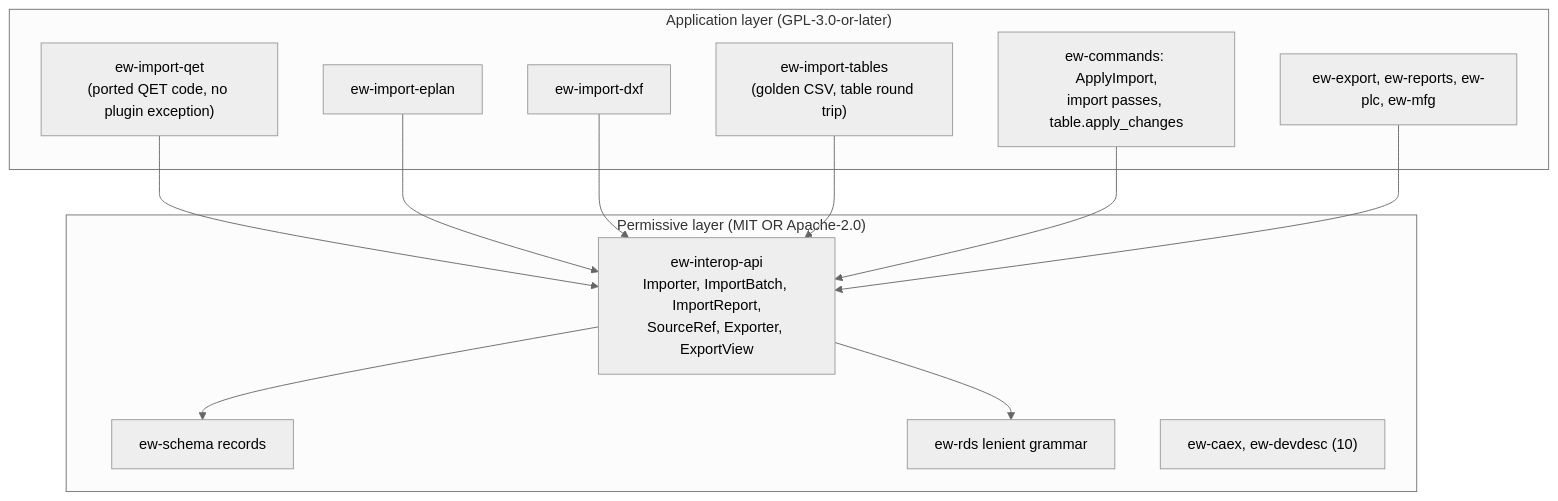
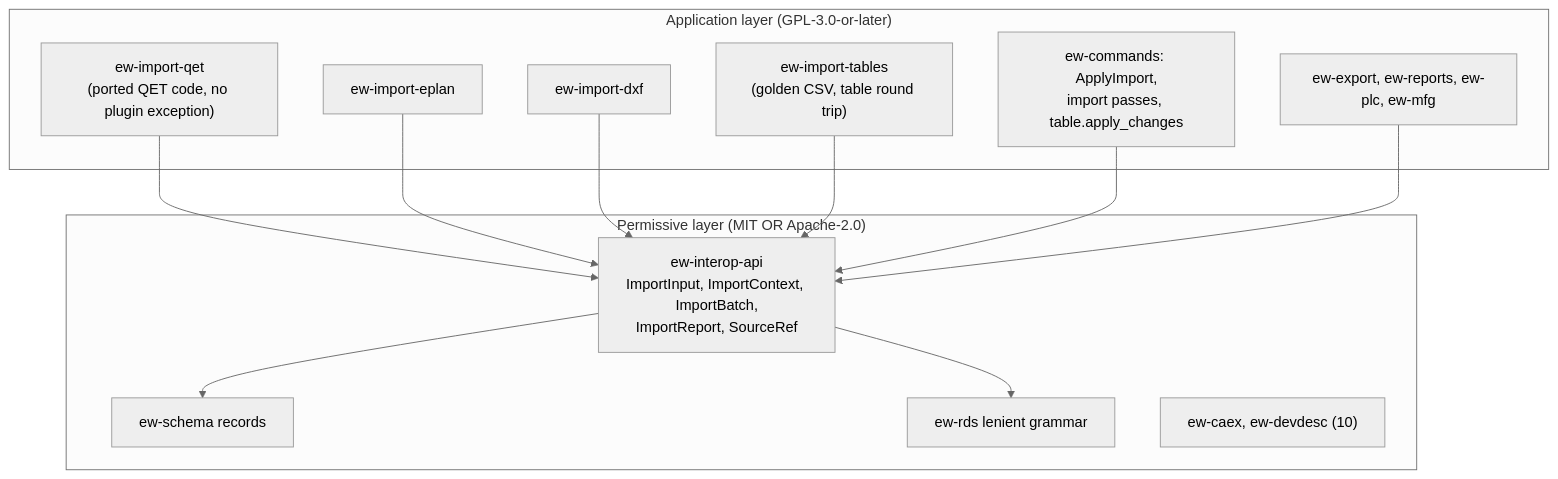
The first of 3 diagrams in docs/design/14-interop.md (Ironkode787/ElektraWatt), drawn with Mermaid (neutral theme) before and after one commit. The commit also changed other lines of this file and 20 other files, not shown here.

````diff
--- a/docs/design/14-interop.md
+++ b/docs/design/14-interop.md
@@ -99,25 +99,25 @@
 ```mermaid
 graph TD
   subgraph PERM["Permissive layer (MIT OR Apache-2.0)"]
     schema[ew-schema records]
-    iapi["ew-interop-api<br/>Importer, ImportBatch, ImportReport,<br/>SourceRef, Exporter, ExportView"]
+    iapi["ew-interop-api<br/>ImportInput, ImportContext, ImportBatch,<br/>ImportReport, SourceRef"]
     rds[ew-rds lenient grammar]
     caex["ew-caex, ew-devdesc (10)"]
   end
   subgraph GPL["Application layer (GPL-3.0-or-later)"]
     qet["ew-import-qet<br/>(ported QET code, no plugin exception)"]
     epl[ew-import-eplan]
     dxf[ew-import-dxf]
     itab["ew-import-tables<br/>(golden CSV, table round trip)"]
     cmd["ew-commands: ApplyImport,<br/>import passes, table.apply_changes"]
     exp["ew-export, ew-reports, ew-plc, ew-mfg"]
   end
   iapi --> schema
   iapi --> rds
   qet --> iapi
   epl --> iapi
   dxf --> iapi
   itab --> iapi
   cmd --> iapi
   exp --> iapi
 ```
````
